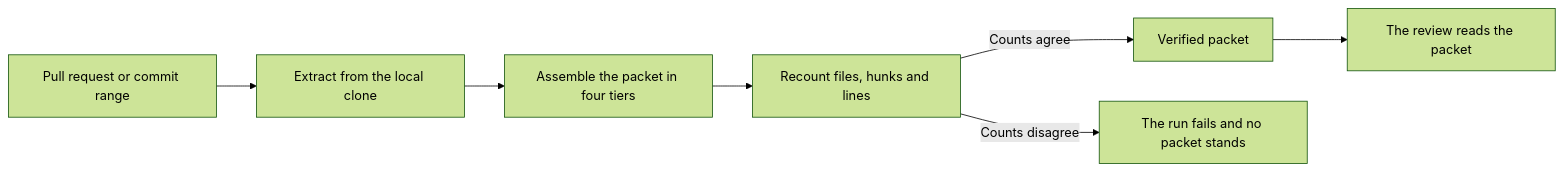
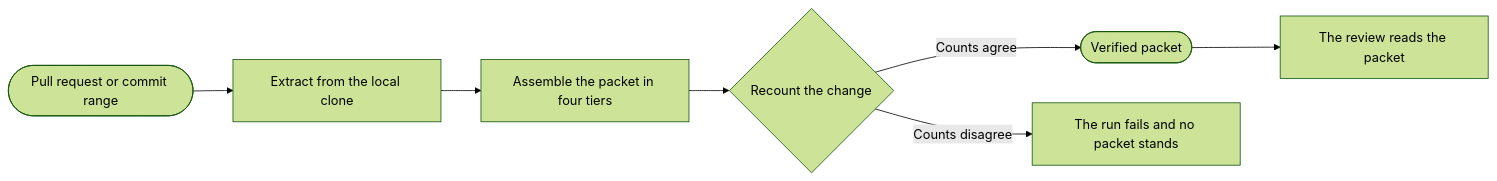
Before and after one commit to david-engelmann/recognitio: the diagram in README.md, drawn with Mermaid (forest theme). The commit also changed other lines of this file and 4 other files, not shown here.

````diff
--- a/README.md
+++ b/README.md
@@ -154,9 +154,9 @@
 ```mermaid
 flowchart LR
-    A[Pull request or commit range] --> B[Extract from the local clone]
+    A([Pull request or commit range]) --> B[Extract from the local clone]
     B --> C[Assemble the packet in four tiers]
-    C --> D[Recount files, hunks and lines]
-    D -->|Counts agree| E[Verified packet]
+    C --> D{Recount the change}
+    D -->|Counts agree| E([Verified packet])
     D -->|Counts disagree| F[The run fails and no packet stands]
     E --> G[The review reads the packet]
 ```
````
